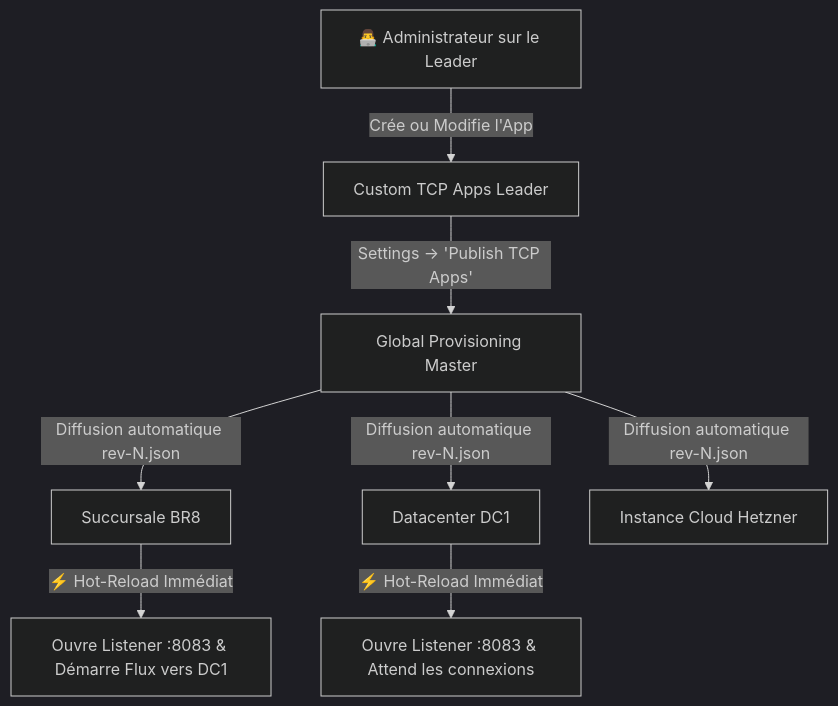
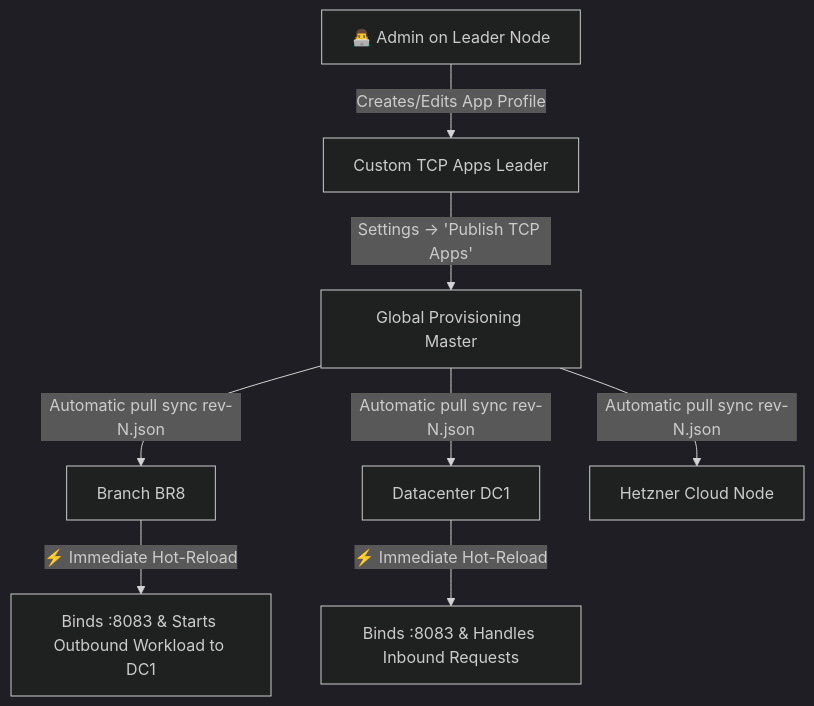
One commit to jsuzanne/stigix changed the diagram in docs/CUSTOM_TCP_APPS_USER_GUIDE.md. Above: the diagram before and after it, drawn with Mermaid (dark theme). The commit also changed other lines of this file and 1 other file, not shown here.

Commit message:
docs(custom-tcp): translate user guide and wizard banners to English

````diff
--- a/docs/CUSTOM_TCP_APPS_USER_GUIDE.md
+++ b/docs/CUSTOM_TCP_APPS_USER_GUIDE.md
@@ -182,10 +183,10 @@
 ```mermaid
 flowchart TD
-    A[👨‍💻 Administrateur sur le Leader] -->|Crée ou Modifie l'App| B[Custom TCP Apps Leader]
+    A[👨‍💻 Admin on Leader Node] -->|Creates/Edits App Profile| B[Custom TCP Apps Leader]
     B -->|Settings -> 'Publish TCP Apps'| C[Global Provisioning Master]
-    C -->|Diffusion automatique rev-N.json| D[Succursale BR8]
-    C -->|Diffusion automatique rev-N.json| E[Datacenter DC1]
-    C -->|Diffusion automatique rev-N.json| F[Instance Cloud Hetzner]
-    D -->|⚡ Hot-Reload Immédiat| G[Ouvre Listener :8083 & Démarre Flux vers DC1]
-    E -->|⚡ Hot-Reload Immédiat| H[Ouvre Listener :8083 & Attend les connexions]
+    C -->|Automatic pull sync rev-N.json| D[Branch BR8]
+    C -->|Automatic pull sync rev-N.json| E[Datacenter DC1]
+    C -->|Automatic pull sync rev-N.json| F[Hetzner Cloud Node]
+    D -->|⚡ Immediate Hot-Reload| G[Binds :8083 & Starts Outbound Workload to DC1]
+    E -->|⚡ Immediate Hot-Reload| H[Binds :8083 & Handles Inbound Requests]
 ```
````
